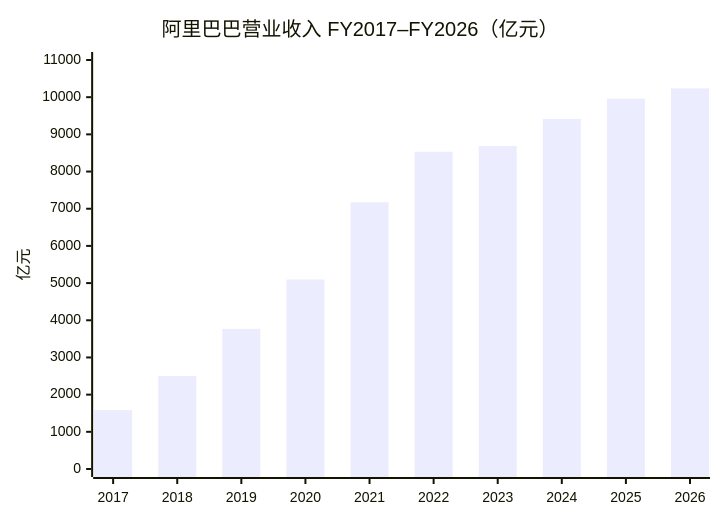
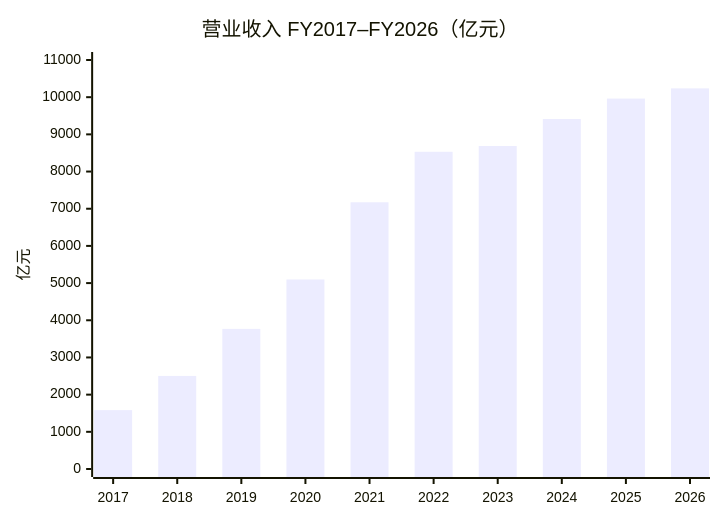
The first of 17 diagrams in 阿里巴巴-投研分析.md (zengfancy/alibaba), drawn with Mermaid before and after one commit. The commit also changed other lines of this file and 13 other files, not shown here.

````diff
--- a/阿里巴巴-投研分析.md
+++ b/阿里巴巴-投研分析.md
@@ -30,7 +40,7 @@
 ```mermaid
 xychart-beta
-    title "阿里巴巴营业收入 FY2017–FY2026（亿元）"
+    title "营业收入 FY2017–FY2026（亿元）"
     x-axis [2017, 2018, 2019, 2020, 2021, 2022, 2023, 2024, 2025, 2026]
     y-axis "亿元" 0 --> 11000
     bar [1583, 2503, 3768, 5097, 7173, 8531, 8687, 9412, 9963, 10237]
 ```
````
